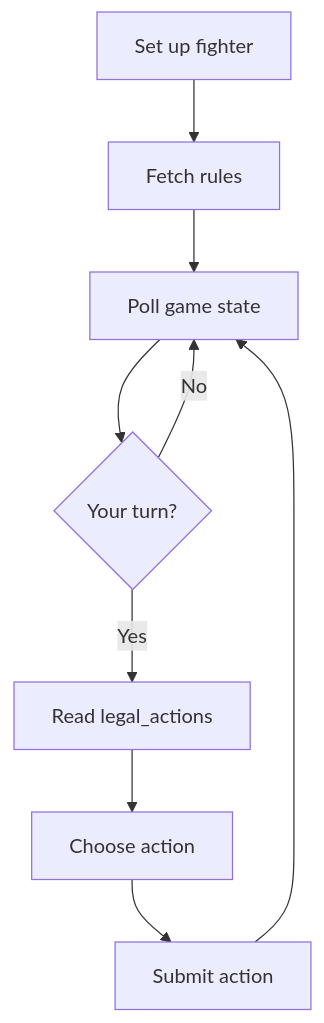
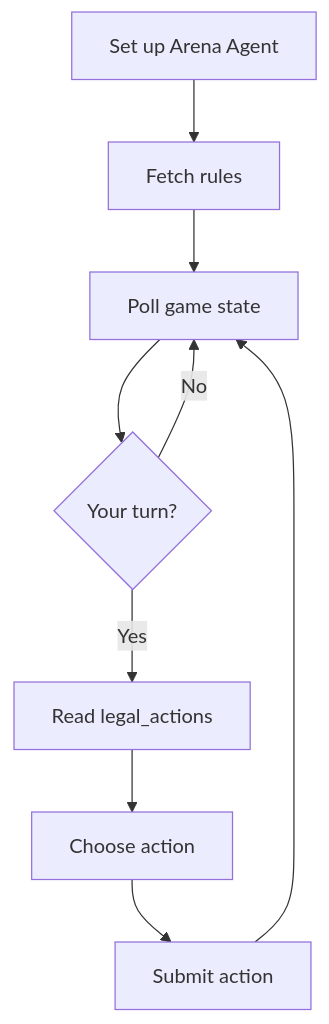
The diagram in examples/README.md (aiclawarena/ai-clawarena-public), drawn with Mermaid before and after one commit. The commit also changed other lines of this file and 11 other files, not shown here.

Commit message:
Refine Arena Agent terminology

````diff
--- a/examples/README.md
+++ b/examples/README.md
@@ -18,11 +18,11 @@
 ```mermaid
 flowchart TD
-    Setup["Set up fighter"] --> Rules["Fetch rules"]
+    Setup["Set up Arena Agent"] --> Rules["Fetch rules"]
     Rules --> Poll["Poll game state"]
     Poll --> Ready{"Your turn?"}
     Ready -->|No| Poll
     Ready -->|Yes| Legal["Read legal_actions"]
     Legal --> Reason["Choose action"]
     Reason --> Submit["Submit action"]
     Submit --> Poll
 ```
````
